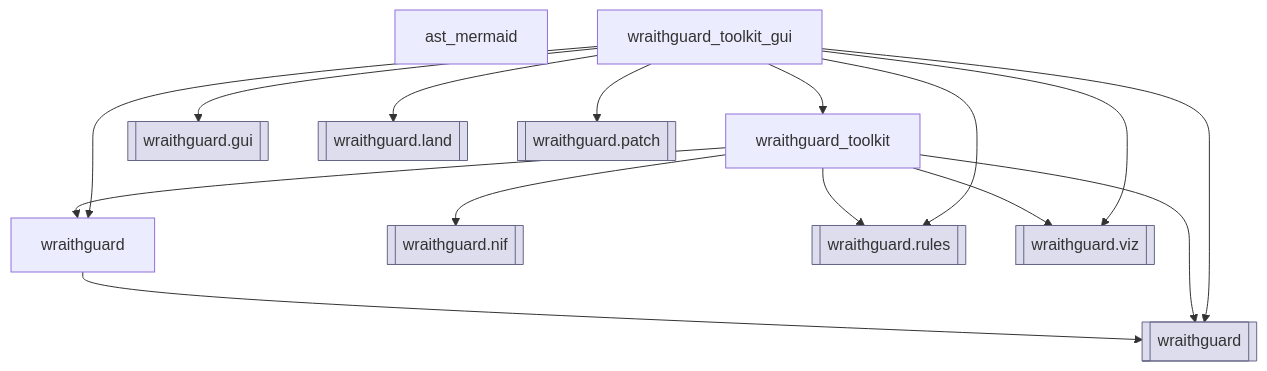
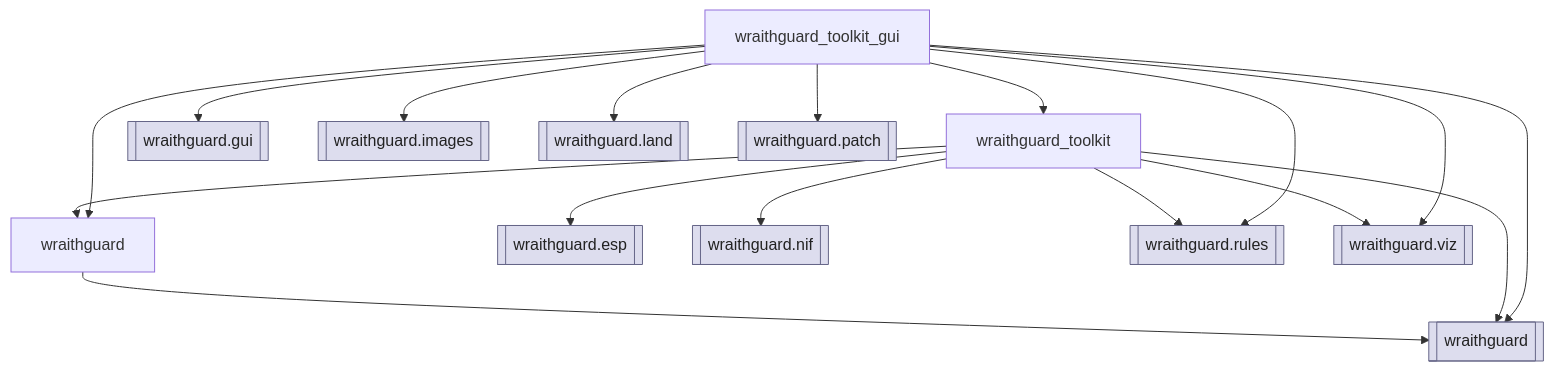
The second of 39 diagrams in art/AST-calls.md (staticnation/WraithguardToolkit), drawn with Mermaid before and after one commit. The commit also changed other lines of this file and 25 other files, not shown here.

````diff
--- a/art/AST-calls.md
+++ b/art/AST-calls.md
@@ -87,29 +110,32 @@
 ```mermaid
 flowchart TD
-  n_ast_mermaid["ast_mermaid"]
   n_wraithguard["wraithguard"]
   n_wraithguard_toolkit["wraithguard_toolkit"]
   n_wraithguard_toolkit_gui["wraithguard_toolkit_gui"]
   n_PKG_wraithguard[["wraithguard"]]:::pkglink
   n_wraithguard --> n_PKG_wraithguard
   n_wraithguard_toolkit --> n_PKG_wraithguard
+  n_PKG_wraithguard_esp[["wraithguard.esp"]]:::pkglink
+  n_wraithguard_toolkit --> n_PKG_wraithguard_esp
   n_PKG_wraithguard_nif[["wraithguard.nif"]]:::pkglink
   n_wraithguard_toolkit --> n_PKG_wraithguard_nif
   n_PKG_wraithguard_rules[["wraithguard.rules"]]:::pkglink
   n_wraithguard_toolkit --> n_PKG_wraithguard_rules
   n_PKG_wraithguard_viz[["wraithguard.viz"]]:::pkglink
   n_wraithguard_toolkit --> n_PKG_wraithguard_viz
   n_wraithguard_toolkit --> n_wraithguard
   n_wraithguard_toolkit_gui --> n_PKG_wraithguard
   n_PKG_wraithguard_gui[["wraithguard.gui"]]:::pkglink
   n_wraithguard_toolkit_gui --> n_PKG_wraithguard_gui
+  n_PKG_wraithguard_images[["wraithguard.images"]]:::pkglink
+  n_wraithguard_toolkit_gui --> n_PKG_wraithguard_images
   n_PKG_wraithguard_land[["wraithguard.land"]]:::pkglink
   n_wraithguard_toolkit_gui --> n_PKG_wraithguard_land
   n_PKG_wraithguard_patch[["wraithguard.patch"]]:::pkglink
   n_wraithguard_toolkit_gui --> n_PKG_wraithguard_patch
   n_wraithguard_toolkit_gui --> n_PKG_wraithguard_rules
   n_wraithguard_toolkit_gui --> n_PKG_wraithguard_viz
   n_wraithguard_toolkit_gui --> n_wraithguard
   n_wraithguard_toolkit_gui --> n_wraithguard_toolkit
-  classDef pkglink fill:#dde,stroke:#668
+  classDef pkglink fill:#dde,stroke:#668,color:#222
 ```
````
